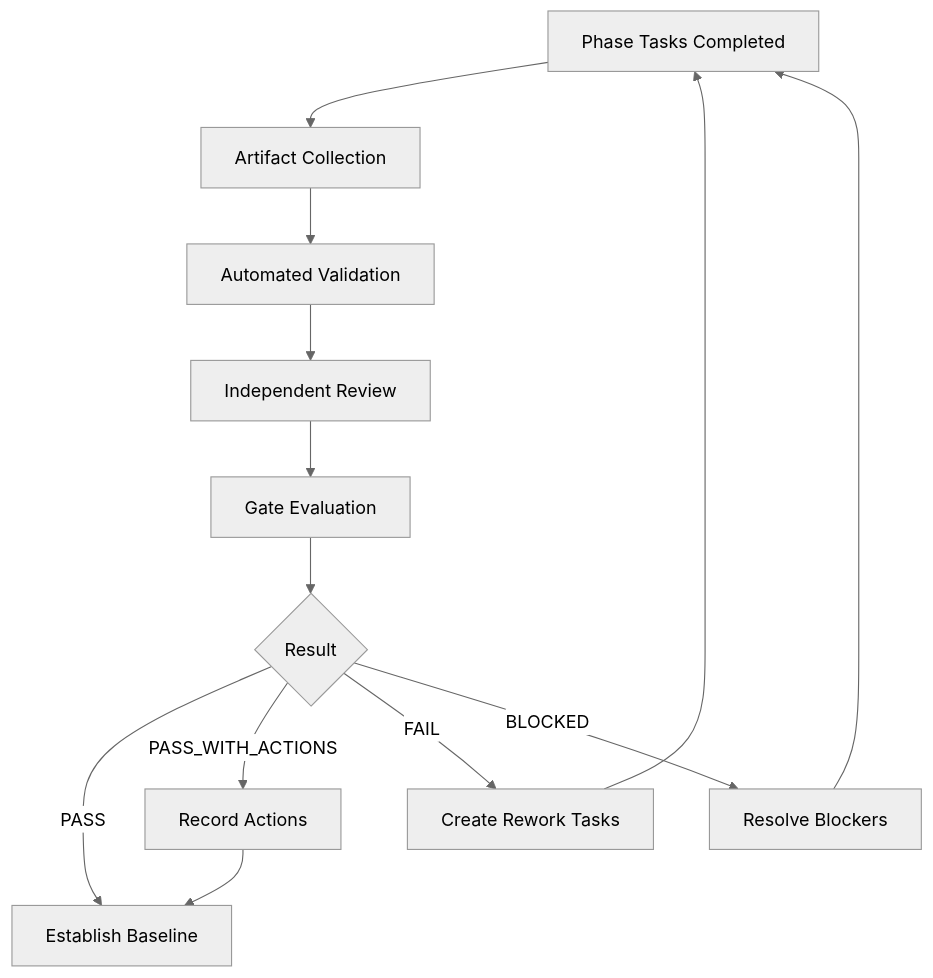
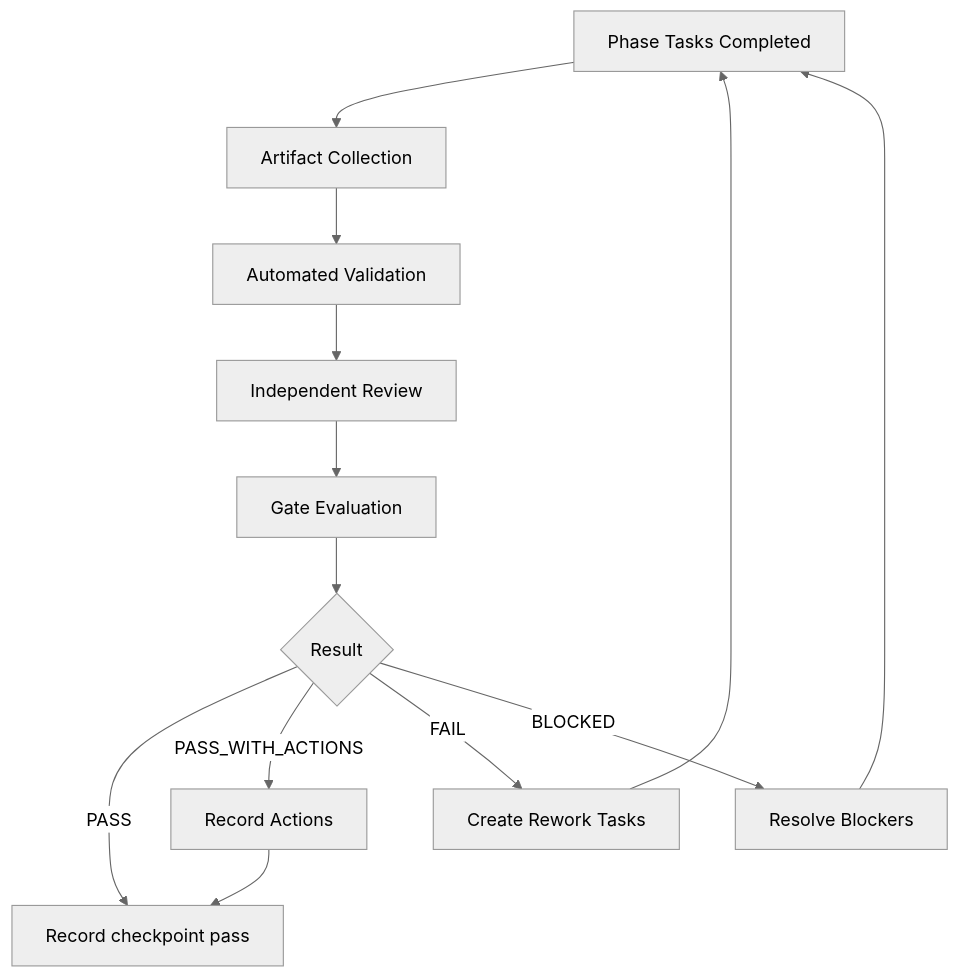
One commit to bamaao/EngineeringMethodologyStandard changed the ninth of 14 diagrams in Engineering Workflow & AI Agent Orchestration Standard.md. Above: the diagram before and after it, drawn with Mermaid (neutral theme). The commit also changed other lines of this file and 4 other files, not shown here.

````diff
--- a/Engineering Workflow & AI Agent Orchestration Standard.md
+++ b/Engineering Workflow & AI Agent Orchestration Standard.md
@@ -1603,20 +1580,20 @@
 ```mermaid
 flowchart TD
     A["Phase Tasks Completed"]
     B["Artifact Collection"]
     C["Automated Validation"]
     D["Independent Review"]
     E["Gate Evaluation"]
     F{"Result"}
 
     A --> B --> C --> D --> E --> F
 
-    F -->|PASS| G["Establish Baseline"]
+    F -->|PASS| G["Record checkpoint pass"]
     F -->|PASS_WITH_ACTIONS| H["Record Actions"]
     F -->|FAIL| I["Create Rework Tasks"]
     F -->|BLOCKED| J["Resolve Blockers"]
 
     H --> G
     I --> A
     J --> A
 ```
````
